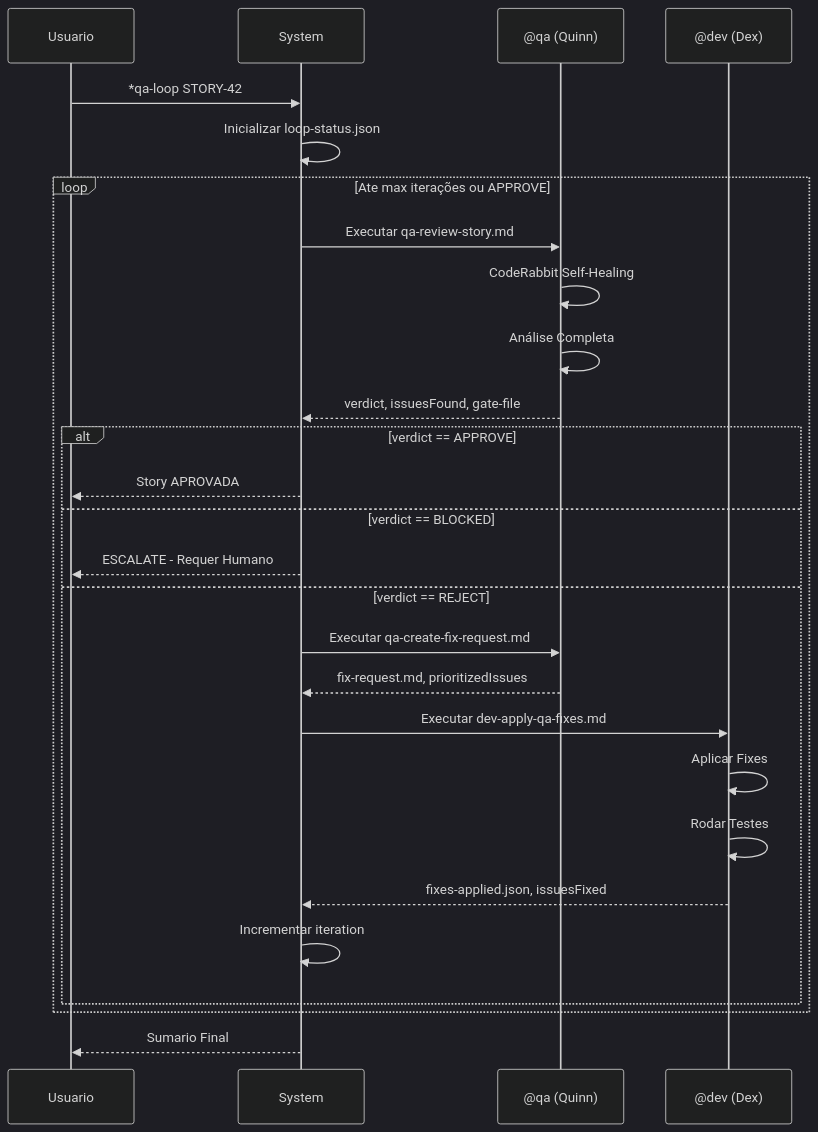
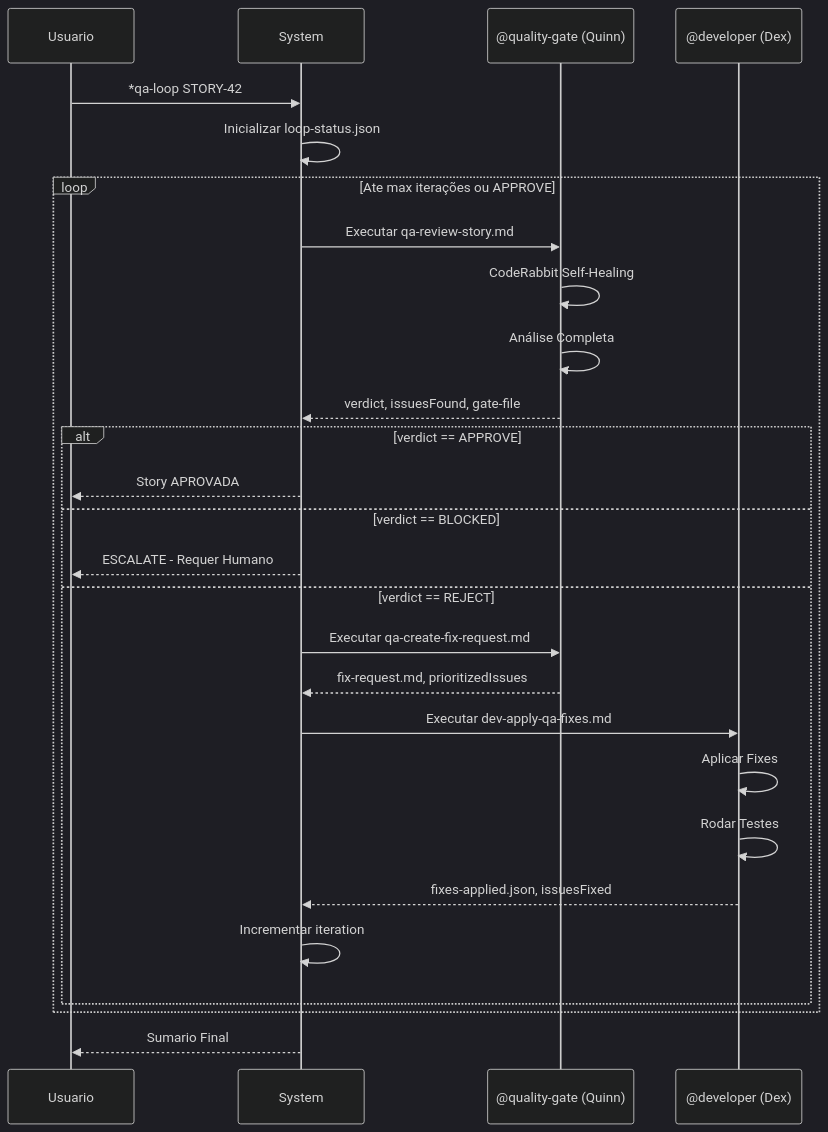
One commit to caioimori/sinapse-ai changed the third of 10 diagrams in docs/sinapse-workflows/qa-loop-workflow.md. Above: the diagram before and after it, drawn with Mermaid (dark theme). The commit also changed other lines of this file and 873 other files, not shown here.

````diff
--- a/docs/sinapse-workflows/qa-loop-workflow.md
+++ b/docs/sinapse-workflows/qa-loop-workflow.md
@@ -179,35 +179,35 @@
 ```mermaid
 sequenceDiagram
     participant U as Usuario
     participant S as System
-    participant QA as @qa (Quinn)
-    participant DEV as @dev (Dex)
+    participant QA as @quality-gate (Quinn)
+    participant DEV as @developer (Dex)
 
     U->>S: *qa-loop STORY-42
     S->>S: Inicializar loop-status.json
 
     loop Ate max iterações ou APPROVE
         S->>QA: Executar qa-review-story.md
         QA->>QA: CodeRabbit Self-Healing
         QA->>QA: Análise Completa
         QA-->>S: verdict, issuesFound, gate-file
 
         alt verdict == APPROVE
             S-->>U: Story APROVADA
         else verdict == BLOCKED
             S-->>U: ESCALATE - Requer Humano
         else verdict == REJECT
             S->>QA: Executar qa-create-fix-request.md
             QA-->>S: fix-request.md, prioritizedIssues
 
             S->>DEV: Executar dev-apply-qa-fixes.md
             DEV->>DEV: Aplicar Fixes
             DEV->>DEV: Rodar Testes
             DEV-->>S: fixes-applied.json, issuesFixed
 
             S->>S: Incrementar iteration
         end
     end
 
     S-->>U: Sumario Final
 ```
````
